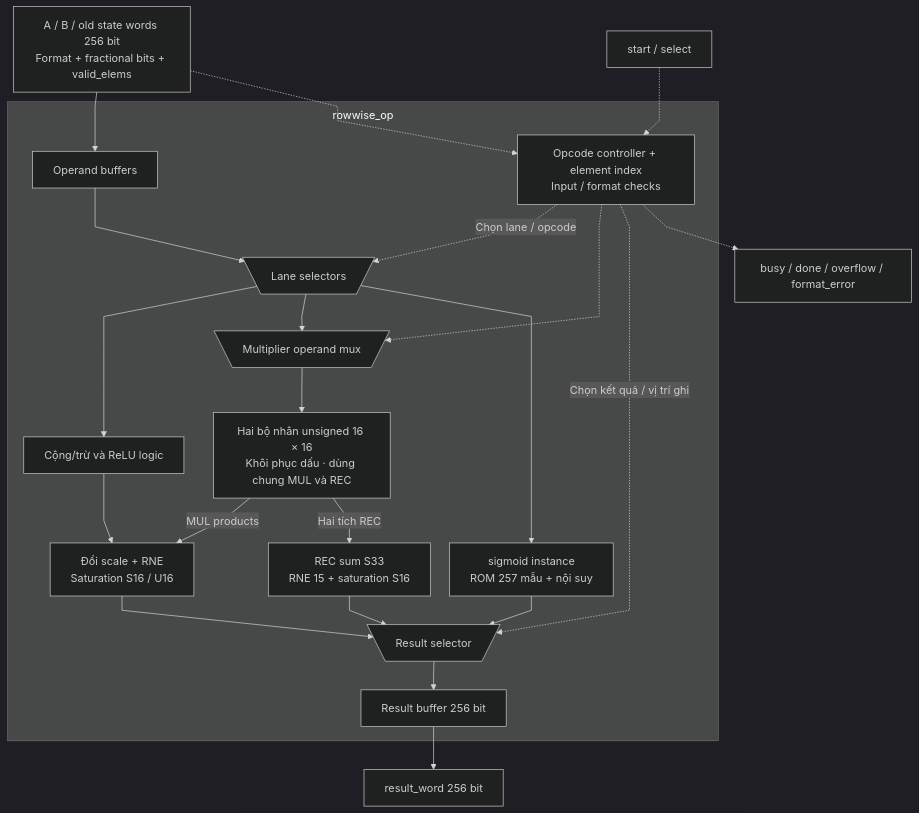
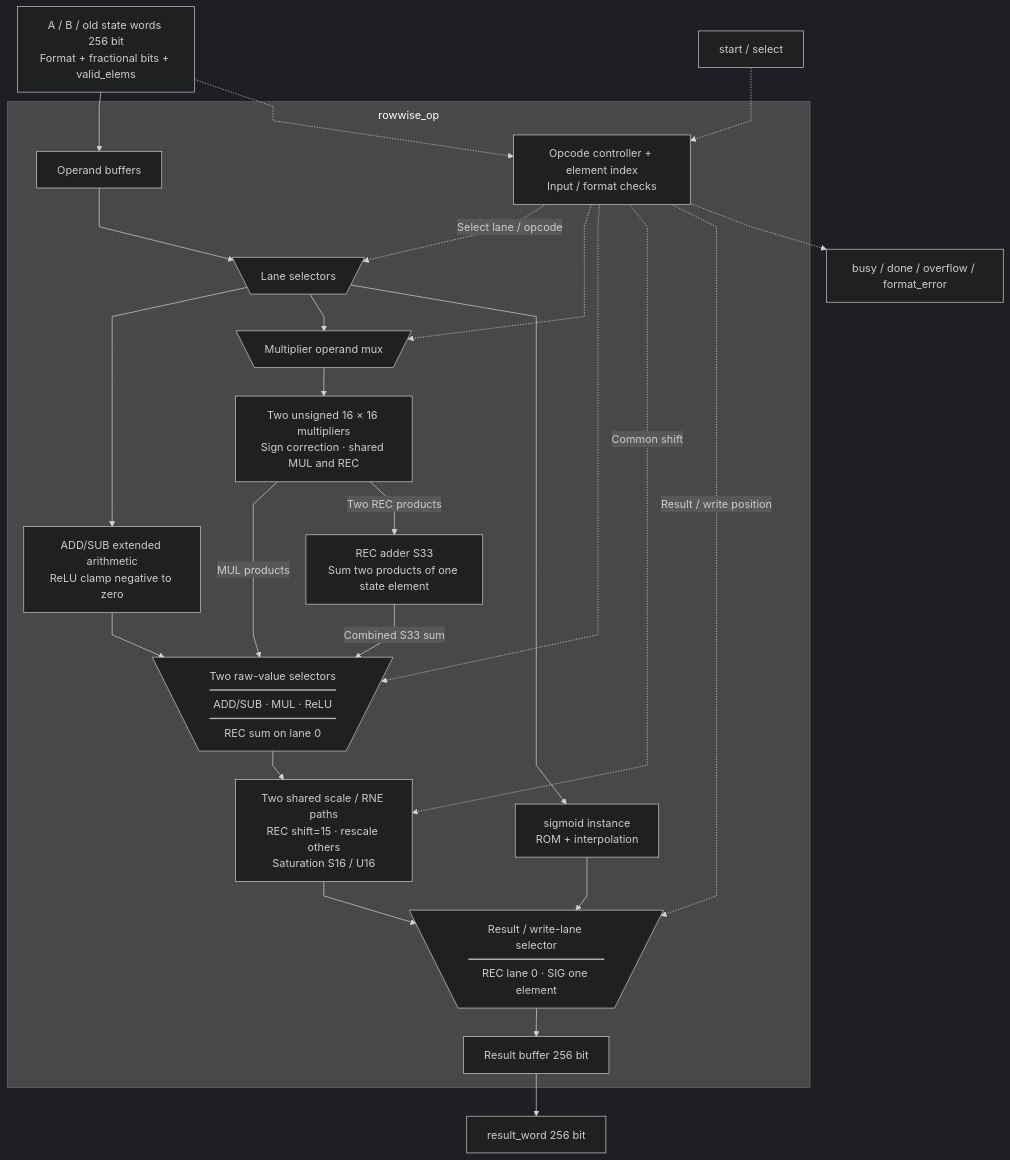
The first of 2 diagrams in docs/source_guide/blocks/rowwise_op.sv.md (nguyennhutkhanhtom/NPU), drawn with Mermaid (dark theme) before and after one commit. The commit also changed other lines of this file and 123 other files, not shown here.

````diff
--- a/docs/source_guide/blocks/rowwise_op.sv.md
+++ b/docs/source_guide/blocks/rowwise_op.sv.md
@@ -15,38 +15,42 @@
 ```mermaid
 flowchart TB
 %%{init: {"flowchart": {"subGraphTitleMargin": {"top": 8, "bottom": 20}, "nodeSpacing": 28, "rankSpacing": 42, "curve": "linear"}}}%%
     IN["A / B / old state words 256 bit<br/>Format + fractional bits + valid_elems"]
     subgraph CORE["rowwise_op"]
         CTRL["Opcode controller + element index<br/>Input / format checks"]
         BUF["Operand buffers"]
         LANE@{ shape: trap-t, label: "Lane selectors" }
-        AS["Cộng/trừ và ReLU logic"]
+        AS["ADD/SUB extended arithmetic<br/>ReLU clamp negative to zero"]
         OMUX@{ shape: trap-t, label: "Multiplier operand mux" }
-        MUL["Hai bộ nhân unsigned 16 × 16<br/>Khôi phục dấu · dùng chung MUL và REC"]
-        REC["REC sum S33<br/>RNE 15 + saturation S16"]
-        SCALE["Đổi scale + RNE<br/>Saturation S16 / U16"]
-        SIG["sigmoid instance<br/>ROM 257 mẫu + nội suy"]
-        RES@{ shape: trap-t, label: "Result selector" }
+        MUL["Two unsigned 16 × 16 multipliers<br/>Sign correction · shared MUL and REC"]
+        REC["REC adder S33<br/>Sum two products of one state element"]
+        RMUX@{ shape: trap-t, label: "Two raw-value selectors<hr/>ADD/SUB · MUL · ReLU<hr/>REC sum on lane 0" }
+        SCALE["Two shared scale / RNE paths<br/>REC shift=15 · rescale others<br/>Saturation S16 / U16"]
+        SIG["sigmoid instance<br/>ROM + interpolation"]
+        RES@{ shape: trap-t, label: "Result / write-lane selector<hr/>REC lane 0 · SIG one element" }
         RBUF["Result buffer 256 bit"]
     end
     IN --> BUF
     IN -.-> CTRL
     OP["start / select"] -.-> CTRL
     BUF --> LANE
-    CTRL -.->|"Chọn lane / opcode"| LANE
+    CTRL -.->|"Select lane / opcode"| LANE
     CTRL -.-> OMUX
     LANE --> AS
     LANE --> OMUX
     LANE --> SIG
     OMUX --> MUL
-    AS --> SCALE
-    MUL -->|"MUL products"| SCALE
-    MUL -->|"Hai tích REC"| REC
+    MUL -->|"MUL products"| RMUX
+    MUL -->|"Two REC products"| REC
+    AS --> RMUX
+    REC -->|"Combined S33 sum"| RMUX
+    CTRL -.-> RMUX
+    RMUX --> SCALE
+    CTRL -.->|"Common shift"| SCALE
     SCALE --> RES
-    REC --> RES
     SIG --> RES
-    CTRL -.->|"Chọn kết quả / vị trí ghi"| RES
+    CTRL -.->|"Result / write position"| RES
     RES --> RBUF
     RBUF --> OUT["result_word 256 bit"]
     CTRL -.-> STATUS["busy / done / overflow / format_error"]
 ```
````
